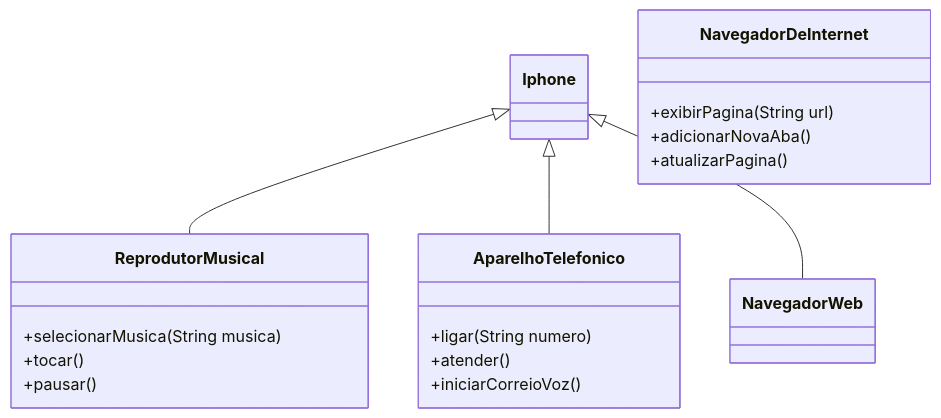
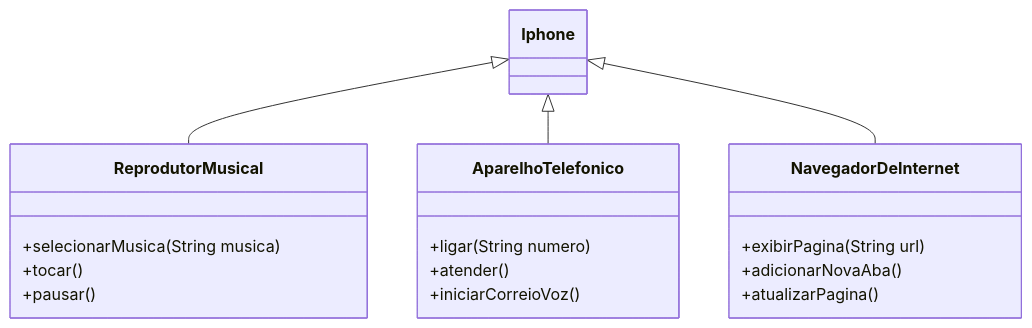
The diagram in README.md (BrunooHenrique/dio-trilha-java-basico), drawn with Mermaid before and after one commit.

````diff
--- a/README.md
+++ b/README.md
@@ -4,25 +4,25 @@
 ```mermaid
 classDiagram
     Iphone <|-- ReprodutorMusical
     Iphone <|-- AparelhoTelefonico
-    Iphone <|-- NavegadorWeb
+    Iphone <|-- NavegadorDeInternet
 
  
 
     class ReprodutorMusical{
       +selecionarMusica(String musica)
       +tocar()
       +pausar()
     }
 
     class AparelhoTelefonico{
       +ligar(String numero)
       +atender()
       +iniciarCorreioVoz()
     }
     class NavegadorDeInternet{
       +exibirPagina(String url)
       +adicionarNovaAba()
       +atualizarPagina()
     }
 ```
````
